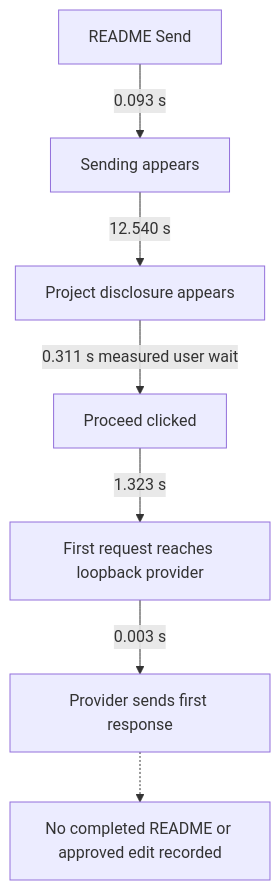
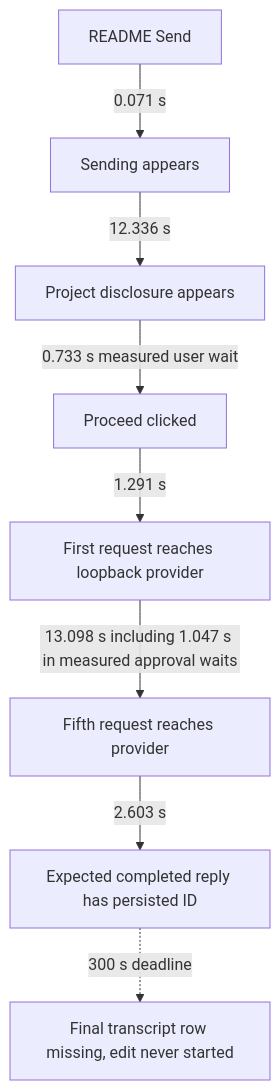
Before and after one commit to rmusser01/tldw_chatbook: the first of 7 diagrams in Docs/Development/task-40608-recovery/windows-journey-timings.md, drawn with Mermaid. The commit also changed other lines of this file and 2 other files, not shown here.

````diff
--- a/Docs/Development/task-40608-recovery/windows-journey-timings.md
+++ b/Docs/Development/task-40608-recovery/windows-journey-timings.md
@@ -9,9 +9,10 @@
 ```mermaid
 flowchart TD
-    S["README Send"] -->|"0.093 s"| F["Sending appears"]
-    F -->|"12.540 s"| D["Project disclosure appears"]
-    D -->|"0.311 s measured user wait"| C["Proceed clicked"]
-    C -->|"1.323 s"| H["First request reaches loopback provider"]
-    H -->|"0.003 s"| R["Provider sends first response"]
-    R -.-> X["No completed README or approved edit recorded"]
+    S["README Send"] -->|"0.071 s"| F["Sending appears"]
+    F -->|"12.336 s"| D["Project disclosure appears"]
+    D -->|"0.733 s measured user wait"| C["Proceed clicked"]
+    C -->|"1.291 s"| H["First request reaches loopback provider"]
+    H -->|"13.098 s including 1.047 s in measured approval waits"| L["Fifth request reaches provider"]
+    L -->|"2.603 s"| R["Expected completed reply has persisted ID"]
+    R -.->|"300 s deadline"| X["Final transcript row missing, edit never started"]
 ```
````
